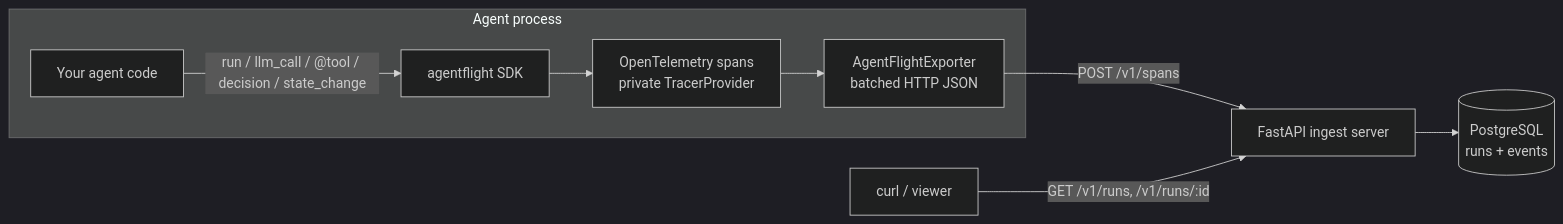
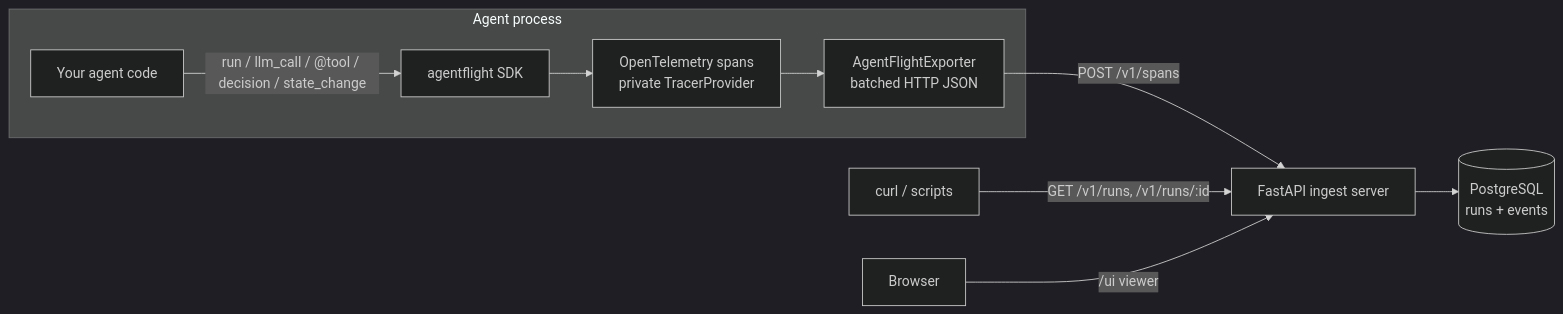
The diagram in README.md (shupandee/agentflight), drawn with Mermaid (dark theme) before and after one commit. The commit also changed other lines of this file and 19 other files, not shown here.

First line of the commit message:
Add the run viewer: run list, timeline and event panel

````diff
--- a/README.md
+++ b/README.md
@@ -11,11 +11,12 @@
 ```mermaid
 flowchart LR
     subgraph Agent process
         A[Your agent code] -->|run / llm_call / @tool / decision / state_change| SDK[agentflight SDK]
         SDK --> OTel[OpenTelemetry spans<br/>private TracerProvider]
         OTel --> EXP[AgentFlightExporter<br/>batched HTTP JSON]
     end
     EXP -->|POST /v1/spans| API[FastAPI ingest server]
     API --> DB[(PostgreSQL<br/>runs + events)]
-    C[curl / viewer] -->|GET /v1/runs, /v1/runs/:id| API
+    C[curl / scripts] -->|GET /v1/runs, /v1/runs/:id| API
+    V[Browser] -->|/ui viewer| API
 ```
````
